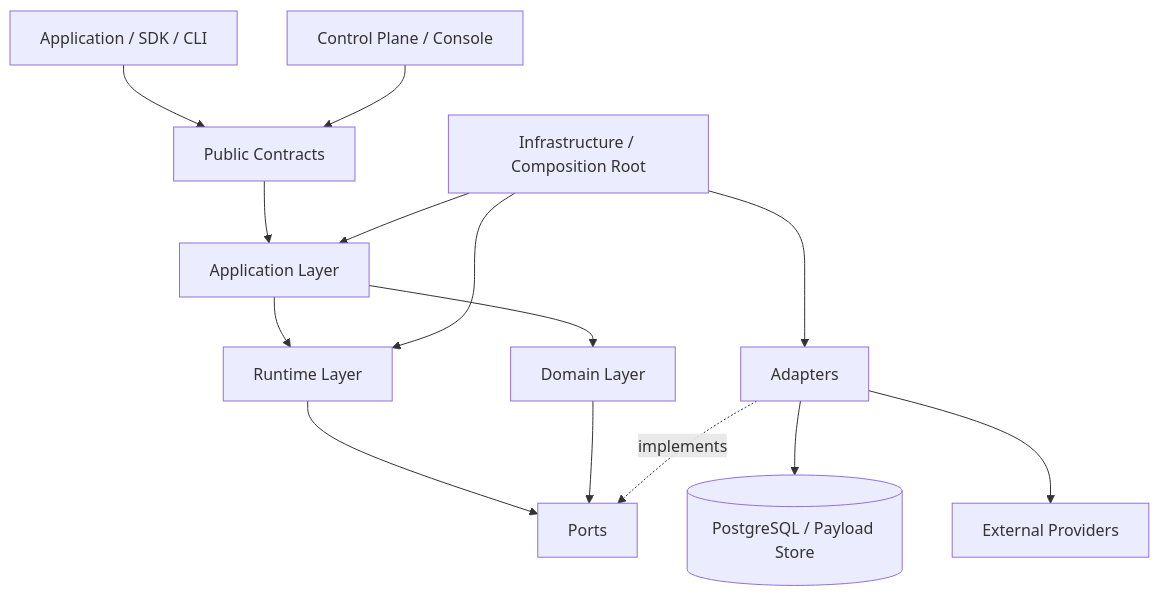
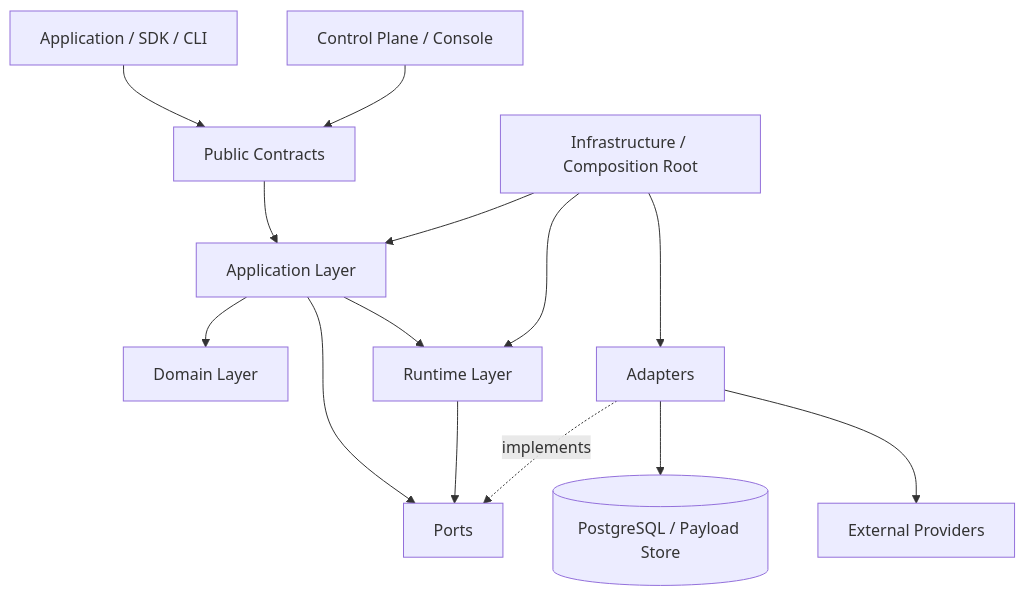
One commit to RhinoQDev/RhinoQ changed the diagram in ARCHITECTURE.md. Above: the diagram before and after it, drawn with Mermaid. The commit also changed other lines of this file and 67 other files, not shown here.

````diff
--- a/ARCHITECTURE.md
+++ b/ARCHITECTURE.md
@@ -22,27 +42,27 @@
 ```mermaid
 flowchart TB
   U[Application / SDK / CLI]
   API[Public Contracts]
   APP[Application Layer]
   DOM[Domain Layer]
   RUN[Runtime Layer]
   PORTS[Ports]
   ADP[Adapters]
   DATA[(PostgreSQL / Payload Store)]
   EXT[External Providers]
   OPS[Control Plane / Console]
 
   U --> API --> APP
   APP --> DOM
   APP --> RUN
+  APP --> PORTS
   RUN --> PORTS
-  DOM --> PORTS
   ADP -. implements .-> PORTS
   ADP --> DATA
   ADP --> EXT
   OPS --> API
   INF[Infrastructure / Composition Root]
   INF --> ADP
   INF --> APP
   INF --> RUN
 ```
````
